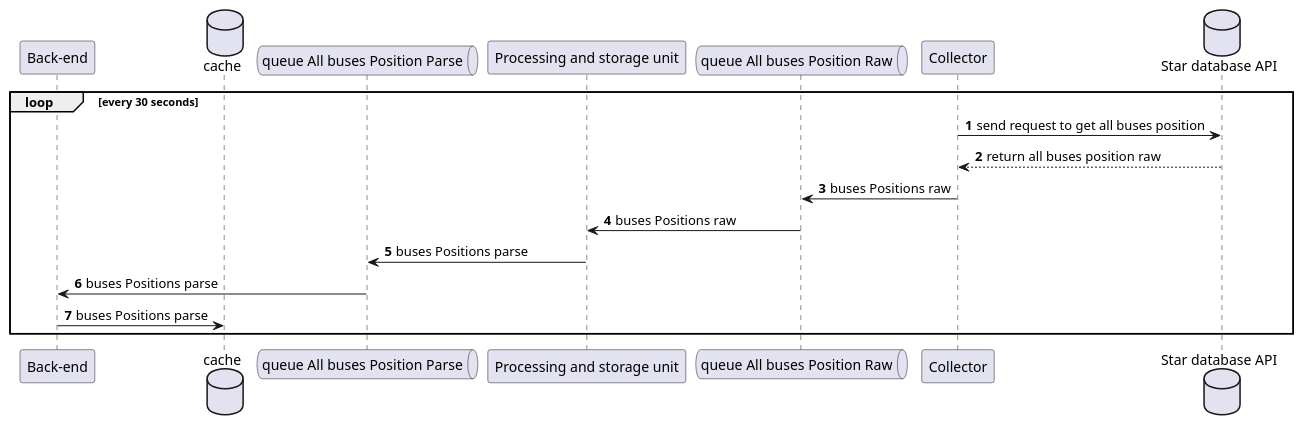
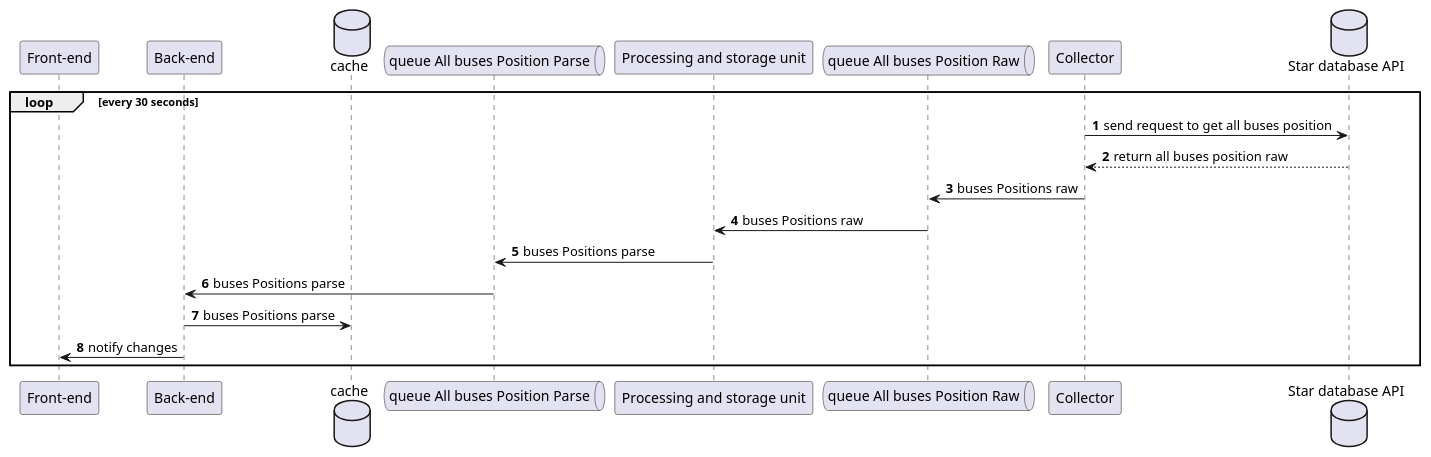
One commit to ESIR2-PROJET-KEOLIS/design changed the diagram in sprint0/global/SystemSequenceDiagram/subSequenceDiagramAllBusesPosition.puml. Above: the diagram before and after it, drawn with PlantUML.

```diff
--- a/sprint0/global/SystemSequenceDiagram/subSequenceDiagramAllBusesPosition.puml
+++ b/sprint0/global/SystemSequenceDiagram/subSequenceDiagramAllBusesPosition.puml
@@ -1,20 +1,22 @@
 @startuml sub sequence diagram for all buses position
 autonumber
+participant "Front-end" as FE
 participant "Back-end" as BE
 database    cache    as Ca
 queue       "queue All buses Position Parse"  as QABPP
 participant "Processing and storage unit" as UTS
 queue       "queue All buses Position Raw" as QABPR
 participant Collector as Co
 database    "Star database API"    as DBStar
 
 loop every 30 seconds
     Co -> DBStar : send request to get all buses position
     DBStar --> Co : return all buses position raw
     Co -> QABPR : buses Positions raw
     QABPR -> UTS : buses Positions raw
     UTS -> QABPP : buses Positions parse
     QABPP -> BE : buses Positions parse
     BE -> Ca : buses Positions parse
+    BE -> FE : notify changes
 end
 @enduml
```
